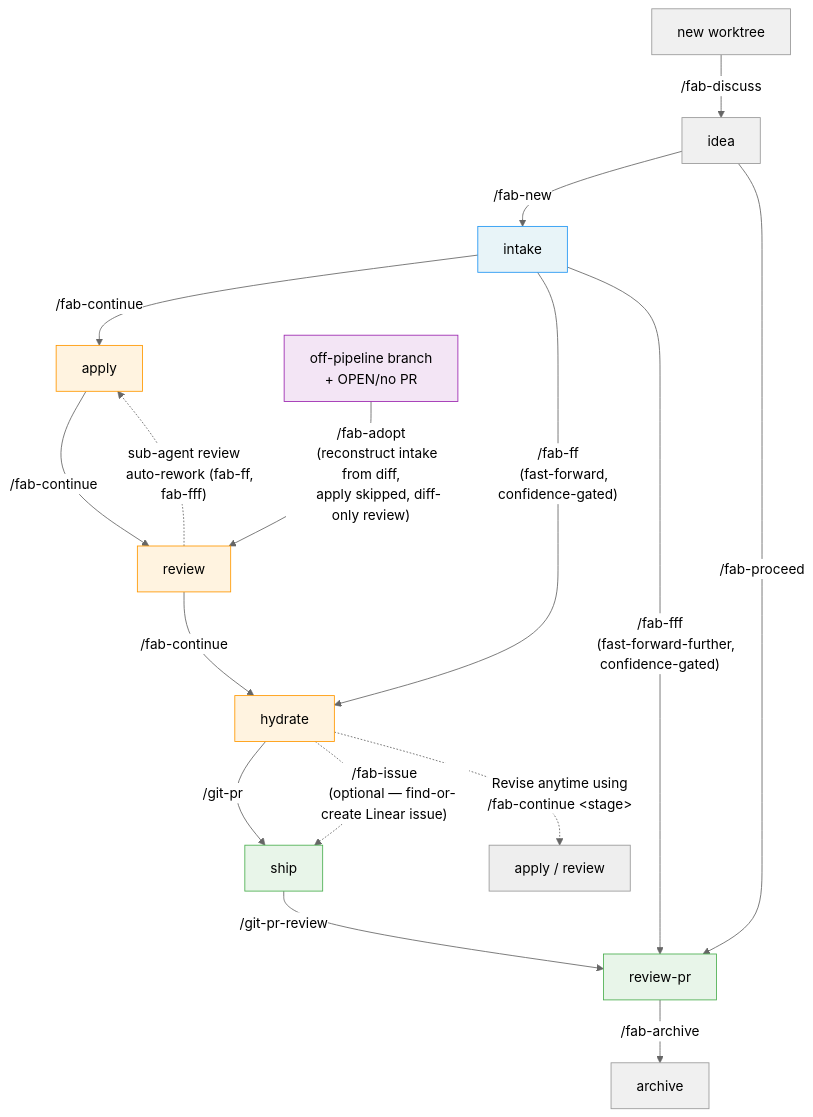
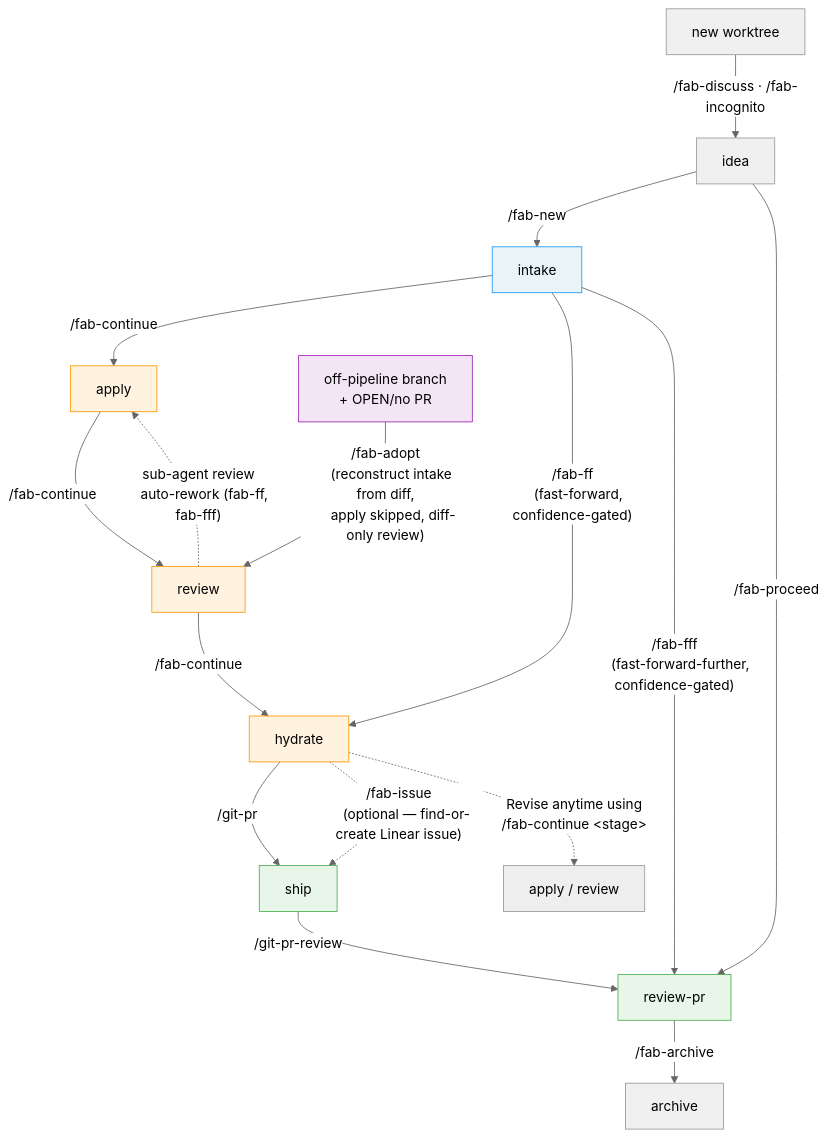
One commit to sahil87/fab-kit changed the second of 4 diagrams in docs/specs/user-flow.md. Above: the diagram before and after it, drawn with Mermaid (neutral theme). The commit also changed 17 other files, not shown here.

Commit message:
feat: fab-incognito — Discussion-Priming Skill That Loads Process Knowledge, Not Project Memory (#679)

````diff
--- a/docs/specs/user-flow.md
+++ b/docs/specs/user-flow.md
@@ -40,50 +40,50 @@
 ```mermaid
 flowchart TD
-    WT[new worktree] -->|"/fab-discuss"| IDEA[idea]
+    WT[new worktree] -->|"/fab-discuss · /fab-incognito"| IDEA[idea]
     IDEA -->|"/fab-new"| B[intake]
     B -->|"/fab-continue"| A[apply]
     A -->|"/fab-continue"| R[review]
     R -->|"/fab-continue"| H[hydrate]
     H -->|"/git-pr"| SH[ship]
     SH -->|"/git-pr-review"| RP[review-pr]
 
     %% Optional Linear linking (any time before ship; automatic in /fab-fff Step 3.5)
     H -.->|"/fab-issue
     (optional — find-or-create Linear issue)"| SH
 
     %% Post-pipeline housekeeping
     RP -->|"/fab-archive"| AR[archive]
 
     %% Shortcuts
     B -->|"/fab-ff
     (fast-forward, confidence-gated)"| H
     B -->|"/fab-fff
     (fast-forward-further, confidence-gated)"| RP
     IDEA -->|"/fab-proceed"| RP
 
     %% Adoption — alternate entry for off-pipeline work (apply skipped)
     OFF[off-pipeline branch
     + OPEN/no PR] -->|"/fab-adopt
     (reconstruct intake from diff,
     apply skipped, diff-only review)"| R
     style OFF fill:#f3e5f5,stroke:#9C27B0
 
     %% Apply-review loop (sub-agent review with auto-rework)
     R -.->|"sub-agent review
     auto-rework (fab-ff, fab-fff)"| A
 
     %% Rework (reset to any earlier stage)
     H -.->|"Revise anytime using
     /fab-continue &lt;stage&gt;"| REWORK["apply / review"]
 
     %% Styles
     style WT fill:#f0f0f0,stroke:#999
     style IDEA fill:#f0f0f0,stroke:#999
     style B fill:#e8f4f8,stroke:#2196F3
     style A fill:#fff3e0,stroke:#FF9800
     style R fill:#fff3e0,stroke:#FF9800
     style H fill:#fff3e0,stroke:#FF9800
     style SH fill:#e8f5e9,stroke:#4CAF50
     style RP fill:#e8f5e9,stroke:#4CAF50
     style AR fill:#f0f0f0,stroke:#999
 ```
````
